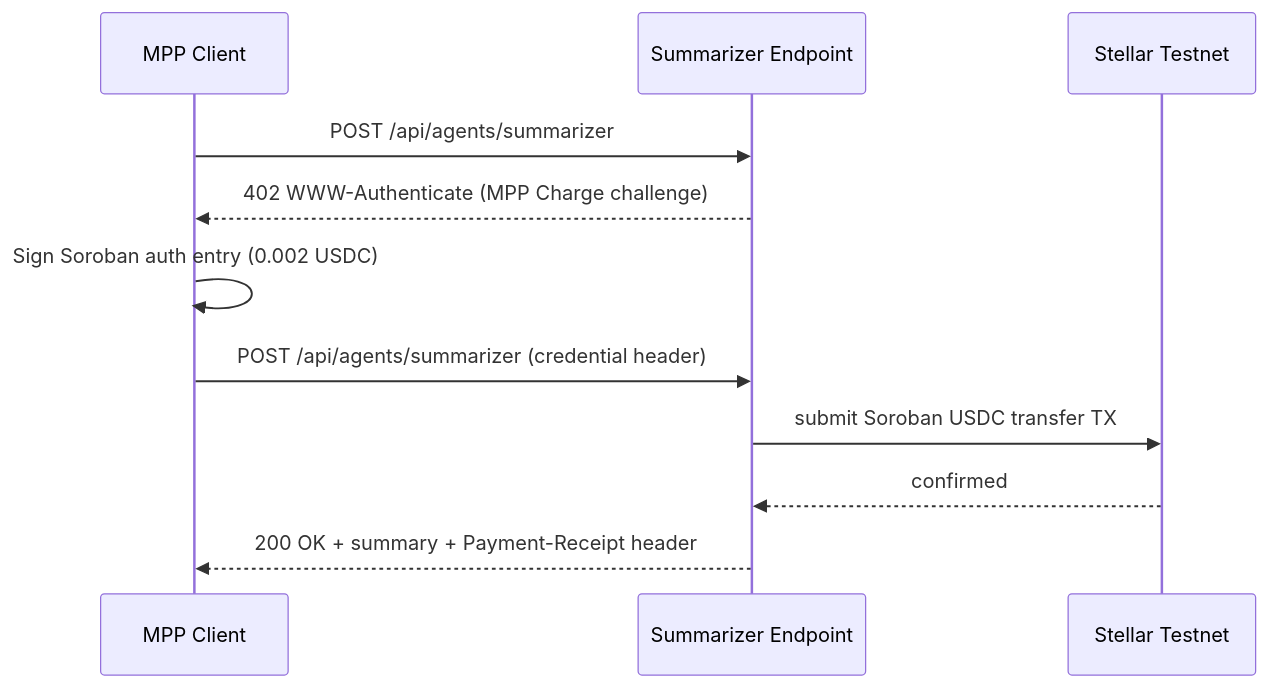
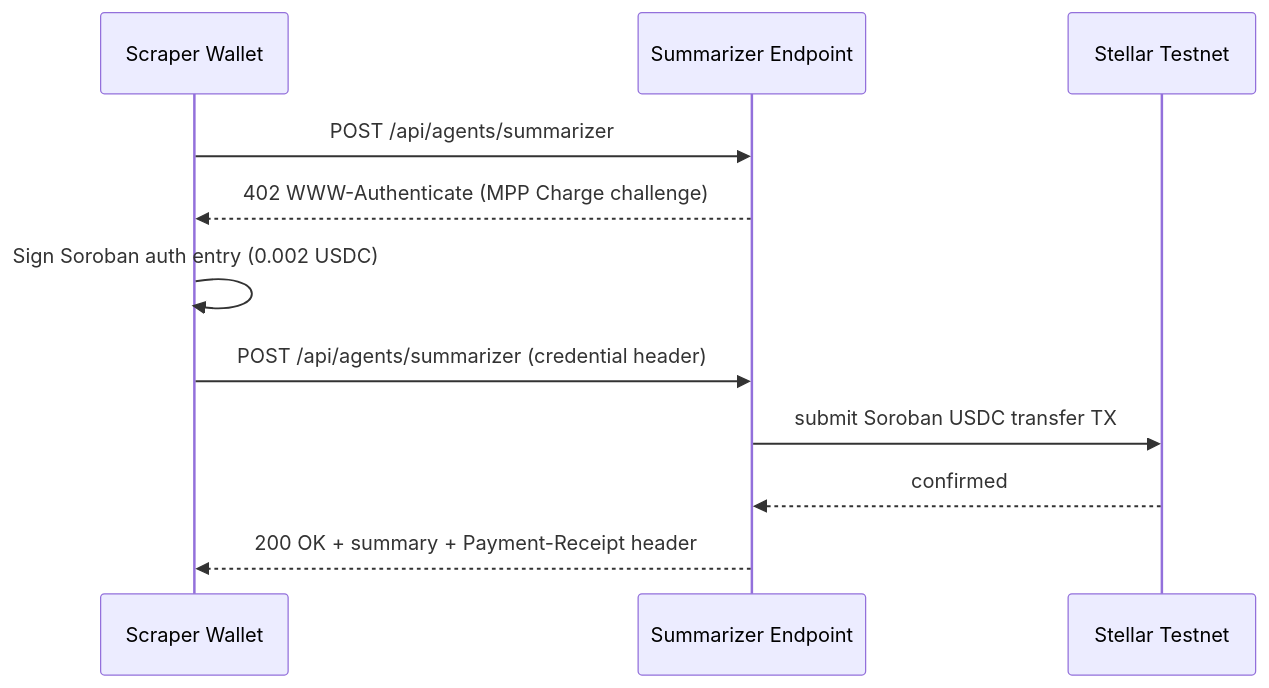
One commit to HACK3R-CRYPTO/AgentForge changed the third of 3 diagrams in README.md. Above: the diagram before and after it, drawn with Mermaid. The commit also changed other lines of this file, not shown here.

````diff
--- a/README.md
+++ b/README.md
@@ -120,14 +163,14 @@
 ```mermaid
 sequenceDiagram
-    participant C as MPP Client
+    participant C as Scraper Wallet
     participant S as Summarizer Endpoint
     participant T as Stellar Testnet
 
     C->>S: POST /api/agents/summarizer
     S-->>C: 402 WWW-Authenticate (MPP Charge challenge)
     C->>C: Sign Soroban auth entry (0.002 USDC)
     C->>S: POST /api/agents/summarizer (credential header)
     S->>T: submit Soroban USDC transfer TX
     T-->>S: confirmed
     S-->>C: 200 OK + summary + Payment-Receipt header
 ```
````
